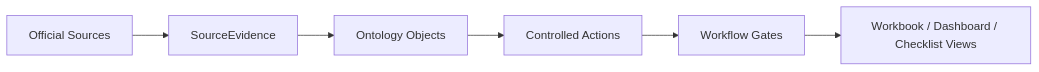
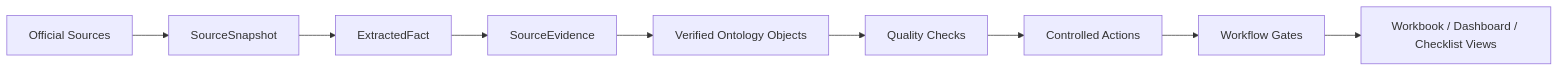
Before and after one commit to OctavianYimingZhang/University-Application-Skill: the second of 2 diagrams in README.md, drawn with Mermaid. The commit also changed other lines of this file and 24 other files, not shown here.

````diff
--- a/README.md
+++ b/README.md
@@ -34,8 +34,11 @@
 ```mermaid
 flowchart LR
-    Sources["Official Sources"] --> Evidence["SourceEvidence"]
-    Evidence --> Objects["Ontology Objects"]
-    Objects --> Actions["Controlled Actions"]
+    Sources["Official Sources"] --> Snapshots["SourceSnapshot"]
+    Snapshots --> Facts["ExtractedFact"]
+    Facts --> Evidence["SourceEvidence"]
+    Evidence --> Objects["Verified Ontology Objects"]
+    Objects --> Checks["Quality Checks"]
+    Checks --> Actions["Controlled Actions"]
     Actions --> Gates["Workflow Gates"]
     Gates --> Views["Workbook / Dashboard / Checklist Views"]
 ```
````
